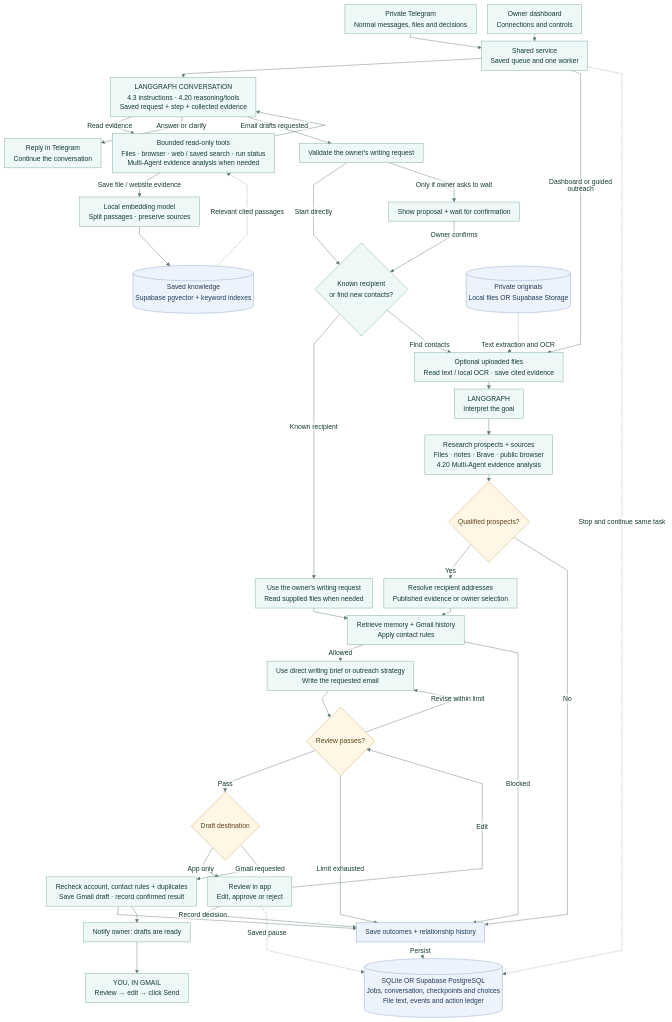
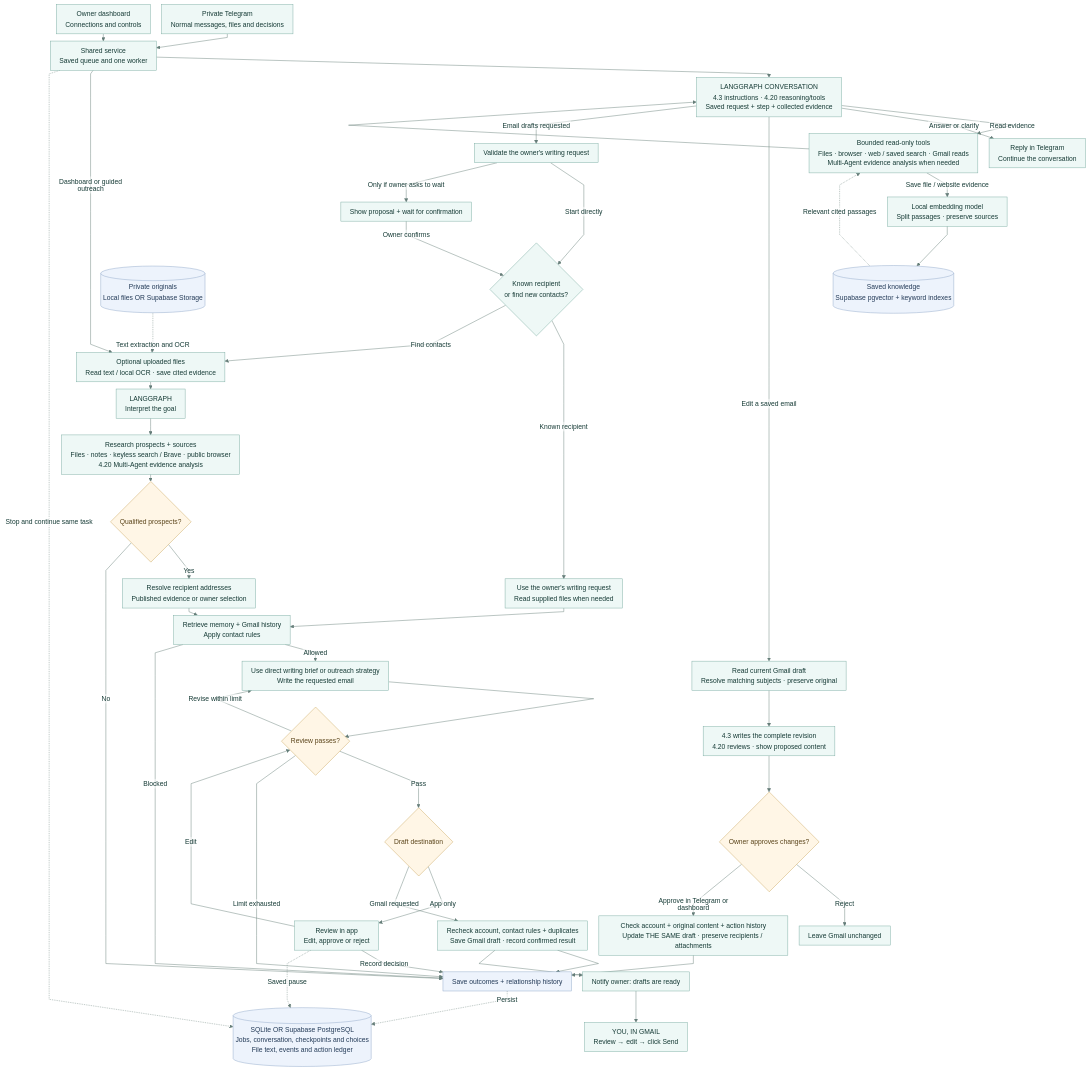
Before and after one commit to rutujashingate/outreach-agent: the diagram in docs/assets/workflow.mmd, drawn with Mermaid. The commit also changed 38 other files, not shown here.

Commit message:
Fix model tool routing and add approved same-draft Gmail edits

```diff
--- a/docs/assets/workflow.mmd
+++ b/docs/assets/workflow.mmd
@@ -1,69 +1,75 @@
 ---
 config:
   theme: base
   fontFamily: Arial
   themeCSS: 'text, tspan { font-family: Arial, Helvetica, sans-serif !important; }'
   themeVariables:
     fontSize: 15px
     primaryColor: '#eef8f6'
     primaryBorderColor: '#78aaa0'
     primaryTextColor: '#163b36'
     lineColor: '#657d78'
     edgeLabelBackground: '#ffffff'
   flowchart:
     htmlLabels: false
     curve: linear
     nodeSpacing: 25
     rankSpacing: 16
     padding: 10
     wrappingWidth: 380
 ---
 flowchart TD
-    accTitle: Requested outreach drafts with manual Gmail sending
-    accDescr: Telegram messages enter a saved queue. LangGraph answers questions and uses reading tools. Explicit email requests start drafting directly; a confirmation button is used only when the owner asks to wait. Known recipients go directly to writing preparation without prospect discovery or fit scoring. Finding new contacts follows research, qualification and address selection. Both paths retain relationship checks, writing, review and duplicate protection. The owner reviews, edits and sends in Gmail. SQLite or one Supabase PostgreSQL database holds saved state.
+    accTitle: Research, requested drafts, and approved existing-draft edits
+    accDescr: Telegram messages enter a saved queue. LangGraph answers questions and uses reading tools. Explicit email requests start drafting directly; a confirmation button is used only when the owner asks to wait. Known recipients go directly to writing preparation without prospect discovery or fit scoring. Finding new contacts follows research, qualification and address selection. Both paths retain relationship checks, writing, review and duplicate protection. Existing Gmail drafts are read, revised and reviewed, then updated at the same ID only after explicit owner approval. New website discovery uses keyless public search or optional Brave. The owner sends in Gmail. SQLite or one Supabase PostgreSQL database holds saved state.
     telegram["Private Telegram<br/>Normal messages, files and decisions"] --> service["Shared service<br/>Saved queue and one worker"]
     dashboard["Owner dashboard<br/>Connections and controls"] --> service
     service --> chat["LANGGRAPH CONVERSATION<br/>4.3 instructions · 4.20 reasoning/tools<br/>Saved request + step + collected evidence"]
-    chat -->|Read evidence| tools["Bounded read-only tools<br/>Files · browser · web / saved search · run status<br/>Multi-Agent evidence analysis when needed"]
+    chat -->|Read evidence| tools["Bounded read-only tools<br/>Files · browser · web / saved search · Gmail reads<br/>Multi-Agent evidence analysis when needed"]
     tools --> chat
     chat -->|Answer or clarify| answer["Reply in Telegram<br/>Continue the conversation"]
+    chat -->|Edit a saved email| readDraft["Read current Gmail draft<br/>Resolve matching subjects · preserve original"]
+    readDraft --> editDraft["4.3 writes the complete revision<br/>4.20 reviews · show proposed content"]
+    editDraft --> editApproval{"Owner approves changes?"}
+    editApproval -->|Reject| noChange["Leave Gmail unchanged"]
+    editApproval -->|Approve in Telegram or dashboard| updateDraft["Check account + original content + action history<br/>Update THE SAME draft · preserve recipients / attachments"]
+    updateDraft --> outcome
     chat -->|Email drafts requested| requested["Validate the owner's writing request"]
     requested -->|Start directly| kind{"Known recipient<br/>or find new contacts?"}
     requested -->|Only if owner asks to wait| proposal["Show proposal + wait for confirmation"]
     proposal -->|Owner confirms| kind
     kind -->|Known recipient| direct["Use the owner's writing request<br/>Read supplied files when needed"]
     kind -->|Find contacts| files["Optional uploaded files<br/>Read text / local OCR · save cited evidence"]
     service -->|Dashboard or guided outreach| files
     files --> goal["LANGGRAPH<br/>Interpret the goal"]
-    goal --> research["Research prospects + sources<br/>Files · notes · Brave · public browser<br/>4.20 Multi-Agent evidence analysis"]
+    goal --> research["Research prospects + sources<br/>Files · notes · keyless search / Brave · public browser<br/>4.20 Multi-Agent evidence analysis"]
     research --> qualification{"Qualified prospects?"}
     qualification -->|Yes| recipients["Resolve recipient addresses<br/>Published evidence or owner selection"]
     qualification -->|No| outcome["Save outcomes + relationship history"]
     recipients --> memory["Retrieve memory + Gmail history<br/>Apply contact rules"]
     direct --> memory
     memory -->|Allowed| strategy["Use direct writing brief or outreach strategy<br/>Write the requested email"]
     memory -->|Blocked| outcome
     strategy --> review{"Review passes?"}
     review -->|Pass| destination{"Draft destination"}
     review -->|Revise within limit| strategy
     review -->|Limit exhausted| outcome
     destination -->|App only| approval["Review in app<br/>Edit, approve or reject"]
     approval -->|Edit| review
     approval -->|Record decision| outcome
     destination -->|Gmail requested| action["Recheck account, contact rules + duplicates<br/>Save Gmail draft · record confirmed result"]
     action --> outcome
     action --> notify["Notify owner: drafts are ready"]
     notify --> manual["YOU, IN GMAIL<br/>Review → edit → click Send"]
     store[("SQLite OR Supabase PostgreSQL<br/>Jobs, conversation, checkpoints and choices<br/>File text, events and action ledger")]
     tools -->|Save file / website evidence| index["Local embedding model<br/>Split passages · preserve sources"]
     index --> knowledge[("Saved knowledge<br/>Supabase pgvector + keyword indexes")]
     knowledge -. Relevant cited passages .-> tools
     originals[("Private originals<br/>Local files OR Supabase Storage")]
     originals -. Text extraction and OCR .-> files
     service -. Stop and continue same task .-> store
     approval -. Saved pause .-> store
     outcome -. Persist .-> store
     classDef decision fill:#fff6e6,stroke:#caa65d,color:#5b451b;
     classDef storage fill:#edf3fc,stroke:#8da6c7,color:#243b58;
-    class qualification,review,destination decision;
+    class qualification,review,destination,editApproval decision;
     class store,outcome,knowledge,originals storage;
```
